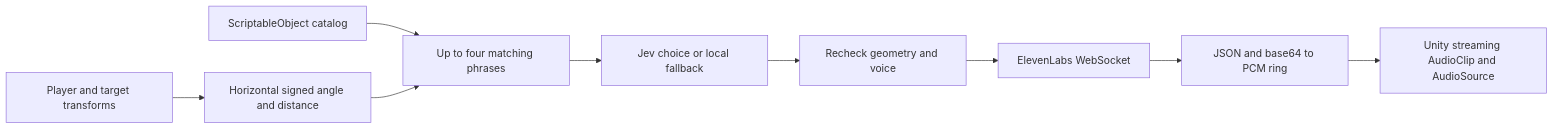
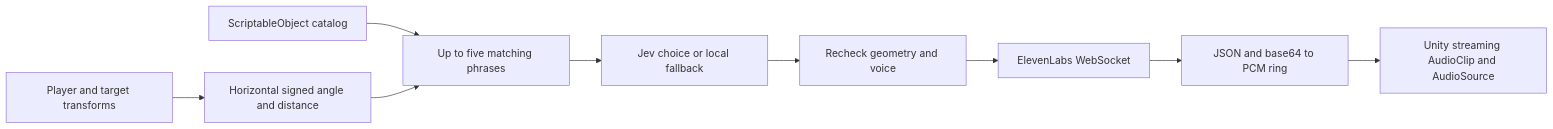
Before and after one commit to PedroPovedaQ/Gaze-Contingency-Project: the second of 2 diagrams in docs/guide/spatial-voice-navigation.md, drawn with Mermaid. The commit also changed other lines of this file and 113 other files, not shown here.

````diff
--- a/docs/guide/spatial-voice-navigation.md
+++ b/docs/guide/spatial-voice-navigation.md
@@ -101,11 +101,11 @@
 ```mermaid
 flowchart LR
     A[Player and target transforms] --> B[Horizontal signed angle and distance]
-    C[ScriptableObject catalog] --> D[Up to four matching phrases]
+    C[ScriptableObject catalog] --> D[Up to five matching phrases]
     B --> D
     D --> E[Jev choice or local fallback]
     E --> F[Recheck geometry and voice]
     F --> G[ElevenLabs WebSocket]
     G --> H[JSON and base64 to PCM ring]
     H --> I[Unity streaming AudioClip and AudioSource]
 ```
````
